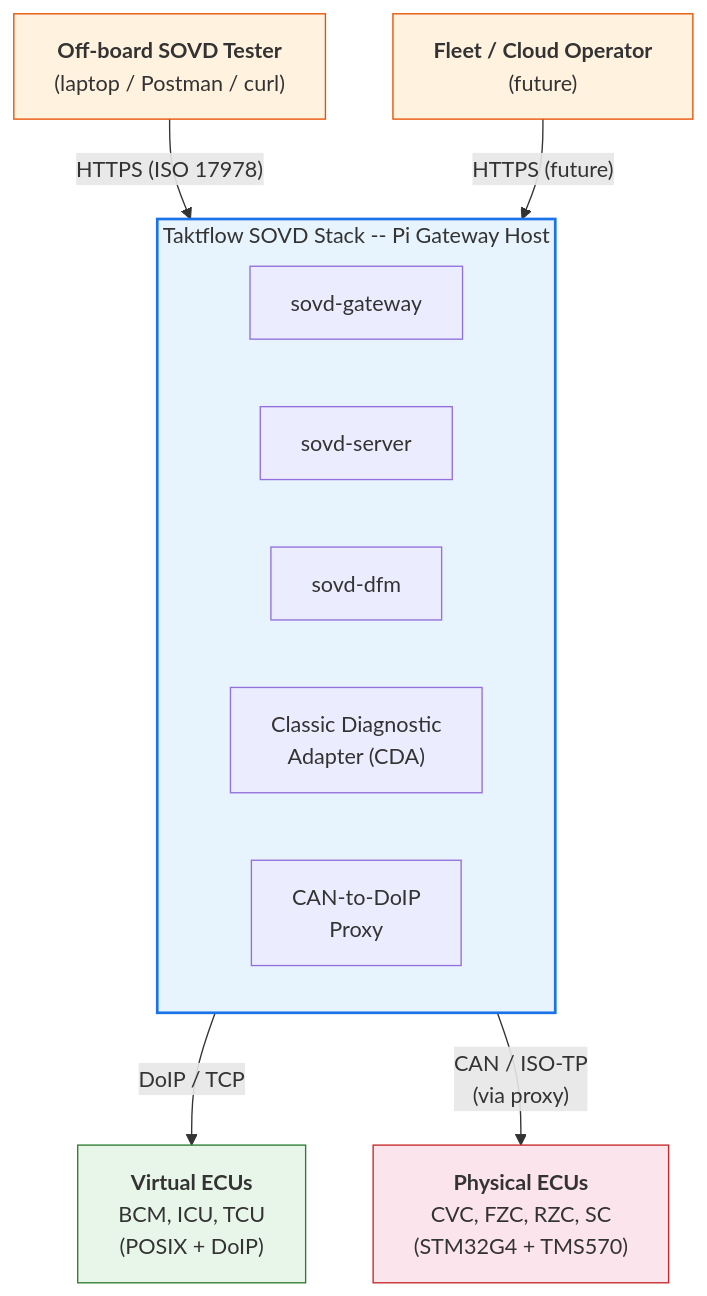
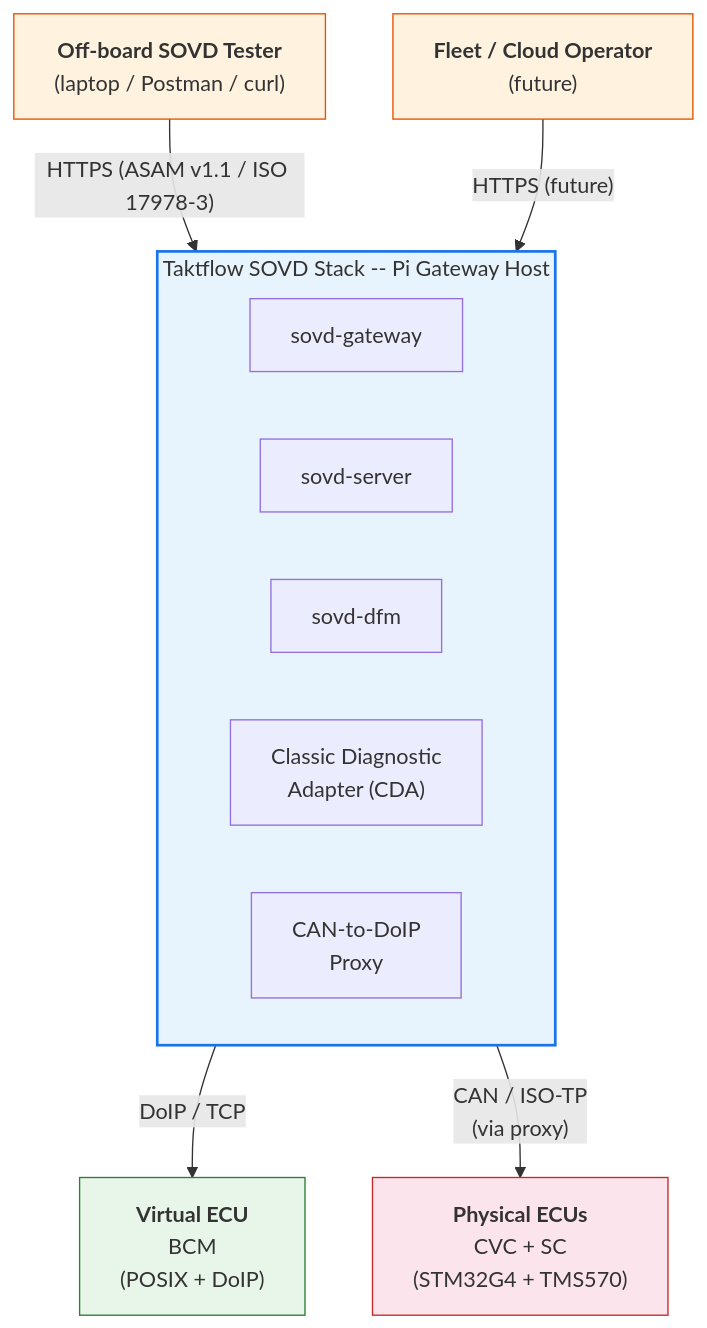
One commit to nhuvaoanh123/taktflow-opensovd changed the first of 15 diagrams in docs/SYSTEM-SPECIFICATION.md. Above: the diagram before and after it, drawn with Mermaid. The commit also changed other lines of this file and 7 other files, not shown here.

````diff
--- a/docs/SYSTEM-SPECIFICATION.md
+++ b/docs/SYSTEM-SPECIFICATION.md
@@ -50,28 +64,28 @@
 ```mermaid
 graph TB
     T["<b>Off-board SOVD Tester</b><br/>(laptop / Postman / curl)"]
     F["<b>Fleet / Cloud Operator</b><br/>(future)"]
 
-    T -->|"HTTPS (ISO 17978)"| Stack
+    T -->|"HTTPS (ASAM v1.1 / ISO 17978-3)"| Stack
     F -->|"HTTPS (future)"| Stack
 
     subgraph Stack ["Taktflow SOVD Stack -- Pi Gateway Host"]
         GW["sovd-gateway"]
         SRV["sovd-server"]
         DFM["sovd-dfm"]
         CDA["Classic Diagnostic<br/>Adapter (CDA)"]
         PROXY["CAN-to-DoIP<br/>Proxy"]
     end
 
     Stack -->|"DoIP / TCP"| VE
     Stack -->|"CAN / ISO-TP<br/>(via proxy)"| PE
 
-    VE["<b>Virtual ECUs</b><br/>BCM, ICU, TCU<br/>(POSIX + DoIP)"]
-    PE["<b>Physical ECUs</b><br/>CVC, FZC, RZC, SC<br/>(STM32G4 + TMS570)"]
+    VE["<b>Virtual ECU</b><br/>BCM<br/>(POSIX + DoIP)"]
+    PE["<b>Physical ECUs</b><br/>CVC + SC<br/>(STM32G4 + TMS570)"]
 
     style Stack fill:#e8f4fd,stroke:#1a73e8,stroke-width:2px
     style T fill:#fff3e0,stroke:#e65100
     style F fill:#fff3e0,stroke:#e65100
     style VE fill:#e8f5e9,stroke:#2e7d32
     style PE fill:#fce4ec,stroke:#c62828
 ```
````
